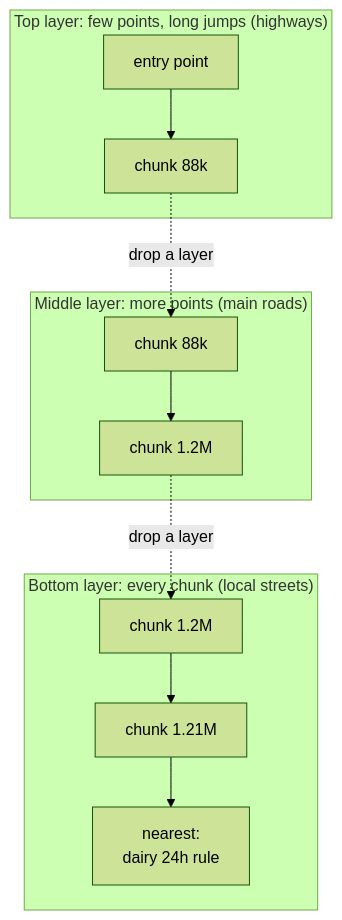
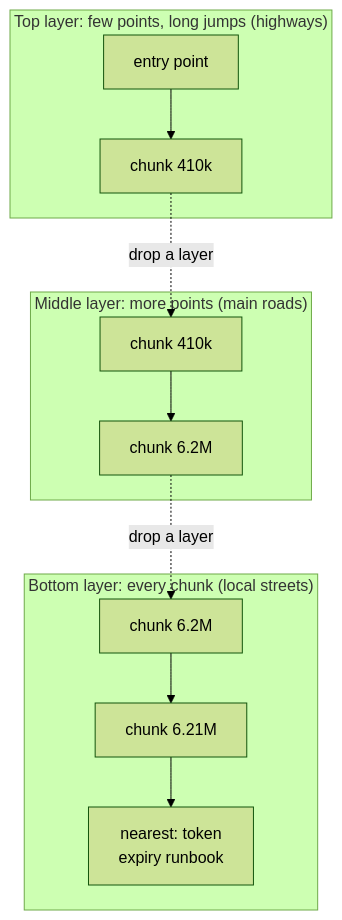
Before and after one commit to shubamchaudhary/CodeNITW: the second of 9 diagrams in src/Data/aiStackDocs/CH-03.md, drawn with Mermaid (forest theme). The commit also changed other lines of this file and 32 other files, not shown here.

````diff
--- a/src/Data/aiStackDocs/CH-03.md
+++ b/src/Data/aiStackDocs/CH-03.md
@@ -36,15 +37,15 @@
 ```mermaid
 flowchart TB
     subgraph TOP["Top layer: few points, long jumps (highways)"]
-        T1["entry point"] --> T2["chunk 88k"]
+        T1["entry point"] --> T2["chunk 410k"]
     end
     subgraph MID["Middle layer: more points (main roads)"]
-        M1["chunk 88k"] --> M2["chunk 1.2M"]
+        M1["chunk 410k"] --> M2["chunk 6.2M"]
     end
     subgraph BASE["Bottom layer: every chunk (local streets)"]
-        B1["chunk 1.2M"] --> B2["chunk 1.21M"]
-        B2 --> B3["nearest:<br/>dairy 24h rule"]
+        B1["chunk 6.2M"] --> B2["chunk 6.21M"]
+        B2 --> B3["nearest: token<br/>expiry runbook"]
     end
     T2 -.->|"drop a layer"| M1
     M2 -.->|"drop a layer"| B1
 ```
````
